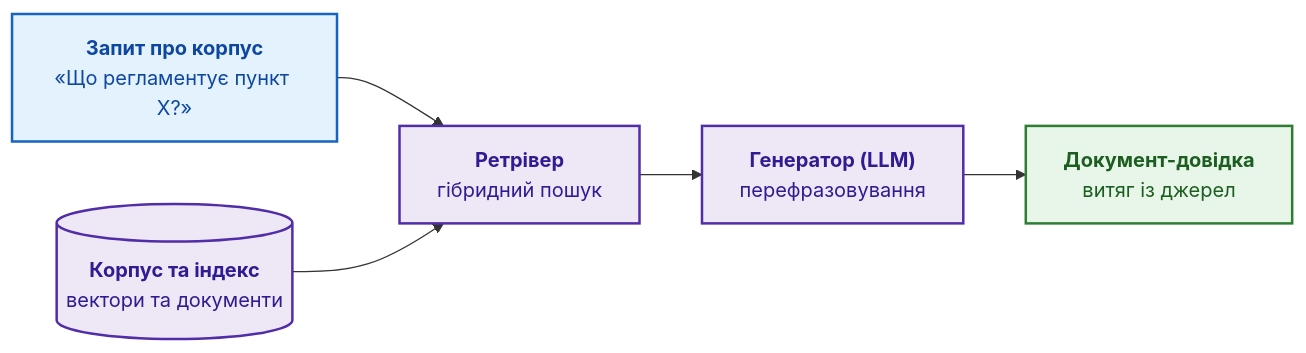
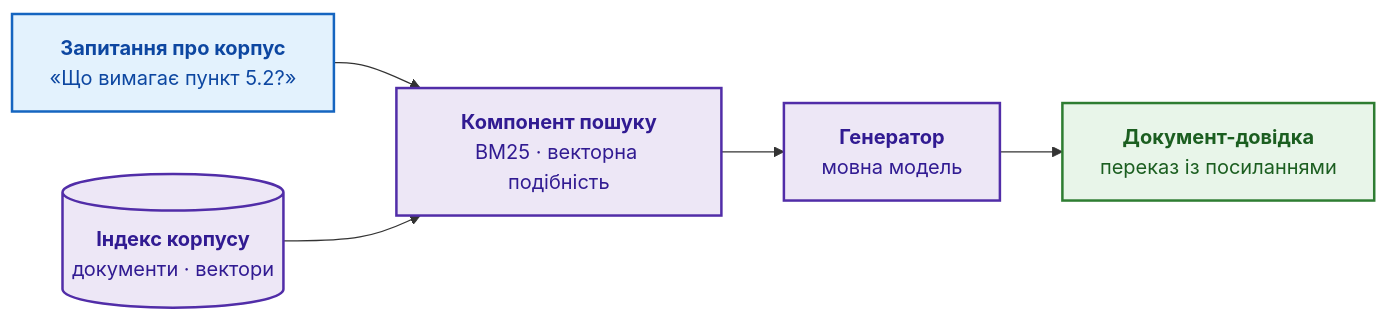
One commit to nick-fedchik/articles changed the fourth of 6 diagrams in ExpertSystem/ch03-beyond-reference-information-systems.md. Above: the diagram before and after it, drawn with Mermaid. The commit also changed other lines of this file and 3 other files, not shown here.

````diff
--- a/ExpertSystem/ch03-beyond-reference-information-systems.md
+++ b/ExpertSystem/ch03-beyond-reference-information-systems.md
@@ -225,18 +335,18 @@
 ```mermaid
 flowchart LR
-    accTitle: Архітектура інформаційно-довідкової системи RAG
-    accDescr: Питання про корпус надходить у ретрівер, який витягує дані з індексу, а генератор формує документ-довідку.
+    accTitle: Архітектура генерації з пошуком
+    accDescr: Запитання про корпус надходить до компонента пошуку. Компонент пошуку добирає фрагменти з індексу корпусу, генератор переказує фрагменти, і на виході з'являється документ-довідка.
 
-    Q["<b>Запит про корпус</b><br/>«Що регламентує пункт X?»"] --> R["<b>Ретрівер</b><br/>гібридний пошук"]
-    C[("<b>Корпус та індекс</b><br/>вектори та документи")] --> R
-    R --> G["<b>Генератор (LLM)</b><br/>перефразовування"]
-    G --> D["<b>Документ-довідка</b><br/>витяг із джерел"]
+    Q["<b>Запитання про корпус</b><br/>«Що вимагає пункт 5.2?»"] --> R["<b>Компонент пошуку</b><br/>BM25 · векторна подібність"]
+    C[("<b>Індекс корпусу</b><br/>документи · вектори")] --> R
+    R --> G["<b>Генератор</b><br/>мовна модель"]
+    G --> D["<b>Документ-довідка</b><br/>переказ із посиланнями"]
 
     classDef q fill:#e3f2fd,stroke:#1565c0,stroke-width:2px,color:#0d47a1;
     classDef eng fill:#ede7f6,stroke:#512da8,stroke-width:2px,color:#311b92;
     classDef out fill:#e8f5e9,stroke:#2e7d32,stroke-width:2px,color:#1b5e20;
 
     class Q q;
     class R,C,G eng;
     class D out;
 ```
````
